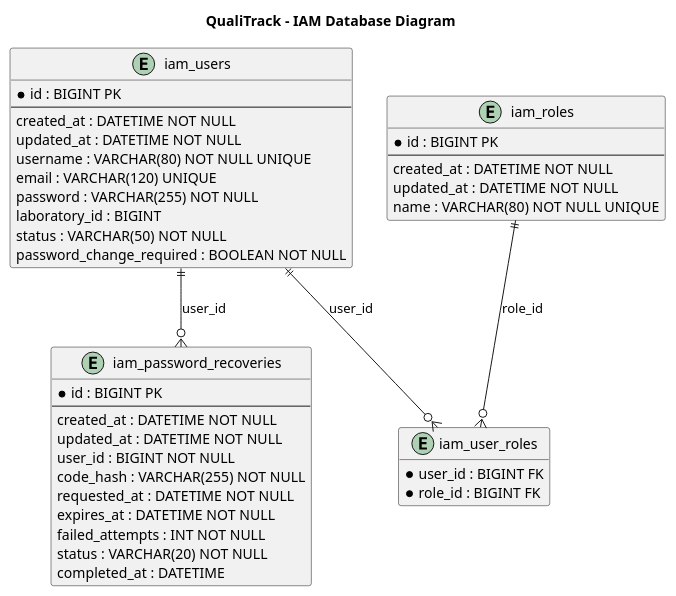
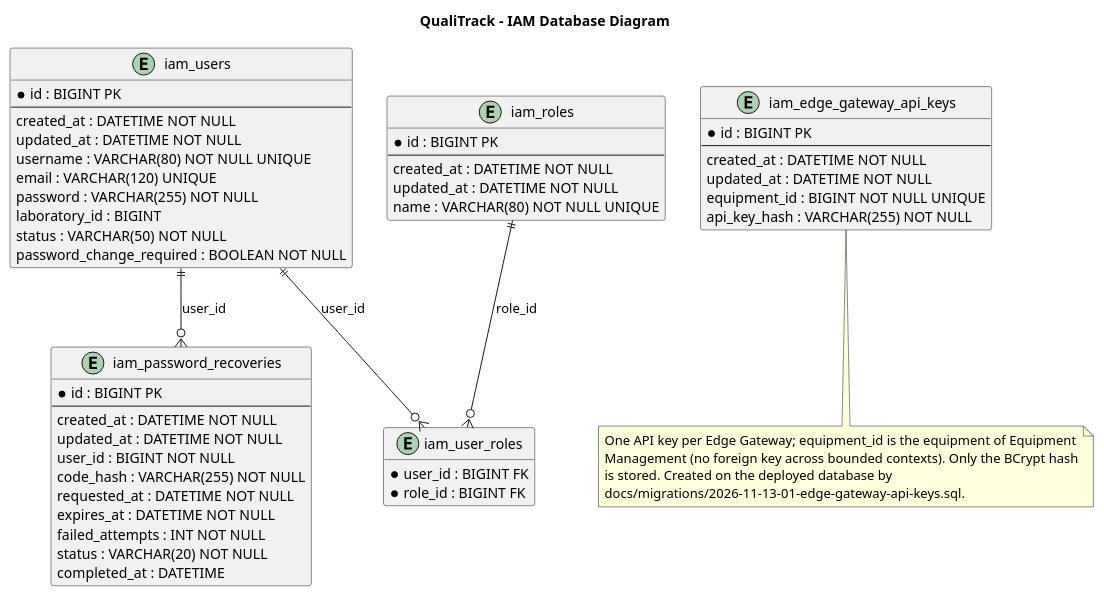
Before and after one commit to IoTech-2620-8741/qualitrack-platform: the diagram in docs/diagrams/iam/iam-database-diagram.puml, drawn with PlantUML. The commit also changed 3 other files, not shown here.

First line of the commit message:
docs(diagrams): add the Edge Gateways to the IAM, equipment and tracking diagrams

```diff
--- a/docs/diagrams/iam/iam-database-diagram.puml
+++ b/docs/diagrams/iam/iam-database-diagram.puml
@@ -1,52 +1,67 @@
 @startuml iam-database-diagram
 
 title QualiTrack - IAM Database Diagram
 
 hide methods
 hide stereotypes
 
 entity "iam_users" {
   * id : BIGINT PK
   --
   created_at : DATETIME NOT NULL
   updated_at : DATETIME NOT NULL
   username : VARCHAR(80) NOT NULL UNIQUE
   email : VARCHAR(120) UNIQUE
   password : VARCHAR(255) NOT NULL
   laboratory_id : BIGINT
   status : VARCHAR(50) NOT NULL
   password_change_required : BOOLEAN NOT NULL
 }
 
 entity "iam_roles" {
   * id : BIGINT PK
   --
   created_at : DATETIME NOT NULL
   updated_at : DATETIME NOT NULL
   name : VARCHAR(80) NOT NULL UNIQUE
 }
 
 entity "iam_user_roles" {
   * user_id : BIGINT FK
   * role_id : BIGINT FK
 }
 
 entity "iam_password_recoveries" {
   * id : BIGINT PK
   --
   created_at : DATETIME NOT NULL
   updated_at : DATETIME NOT NULL
   user_id : BIGINT NOT NULL
   code_hash : VARCHAR(255) NOT NULL
   requested_at : DATETIME NOT NULL
   expires_at : DATETIME NOT NULL
   failed_attempts : INT NOT NULL
   status : VARCHAR(20) NOT NULL
   completed_at : DATETIME
 }
 
 iam_users ||--o{ iam_user_roles : user_id
 iam_users ||--o{ iam_password_recoveries : user_id
 iam_roles ||--o{ iam_user_roles : role_id
 
+entity "iam_edge_gateway_api_keys" {
+  * id : BIGINT PK
+  --
+  created_at : DATETIME NOT NULL
+  updated_at : DATETIME NOT NULL
+  equipment_id : BIGINT NOT NULL UNIQUE
+  api_key_hash : VARCHAR(255) NOT NULL
+}
+note bottom of iam_edge_gateway_api_keys
+  One API key per Edge Gateway; equipment_id is the equipment of Equipment
+  Management (no foreign key across bounded contexts). Only the BCrypt hash
+  is stored. Created on the deployed database by
+  docs/migrations/2026-11-13-01-edge-gateway-api-keys.sql.
+end note
+
 @enduml
```
